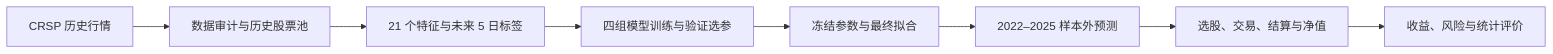
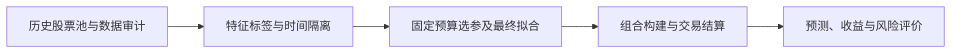
The diagram in README.md (ZhiyiShao/cross-sectional-equity-ml), drawn with Mermaid before and after one commit. The commit also changed other lines of this file and 113 other files, not shown here.

````diff
--- a/README.md
+++ b/README.md
@@ -35,10 +15,7 @@
 ```mermaid
 flowchart LR
-    A[CRSP 历史行情] --> B[数据审计与历史股票池]
-    B --> C[21 个特征与未来 5 日标签]
-    C --> D[四组模型训练与验证选参]
-    D --> E[冻结参数与最终拟合]
-    E --> F[2022–2025 样本外预测]
-    F --> G[选股、交易、结算与净值]
-    G --> H[收益、风险与统计评价]
+    A[历史股票池与数据审计] --> B[特征标签与时间隔离]
+    B --> C[固定预算选参及最终拟合]
+    C --> D[组合构建与交易结算]
+    D --> E[预测、收益与风险评价]
 ```
````
